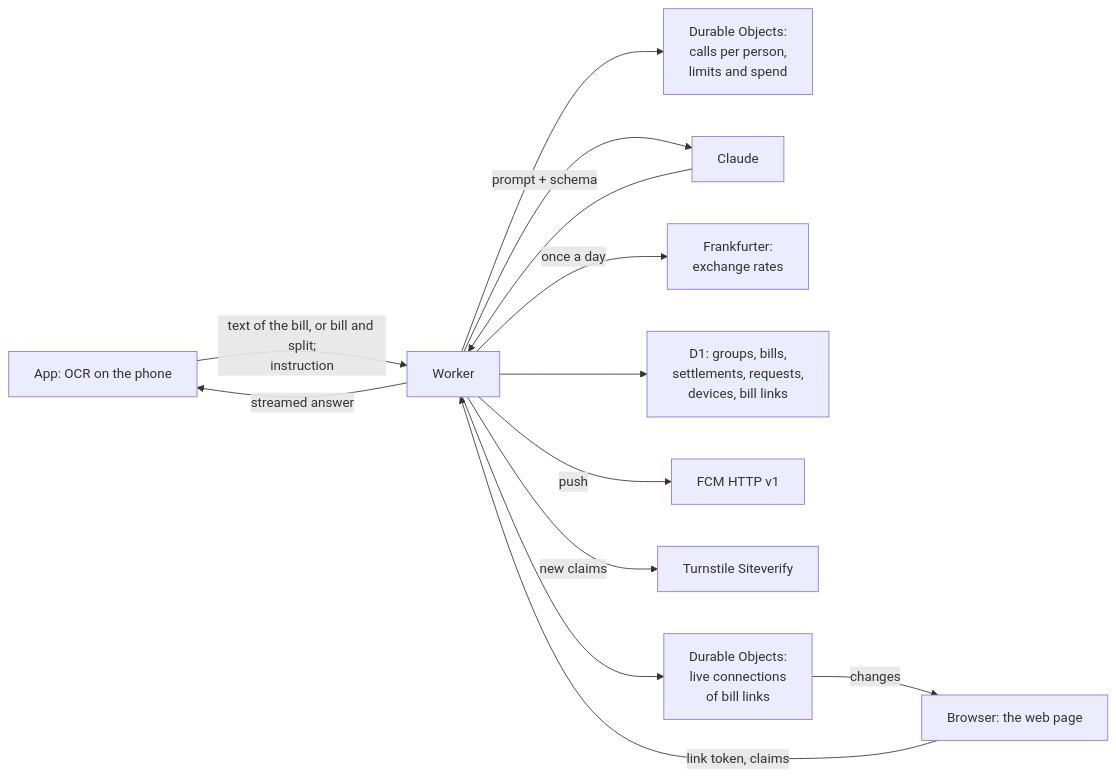
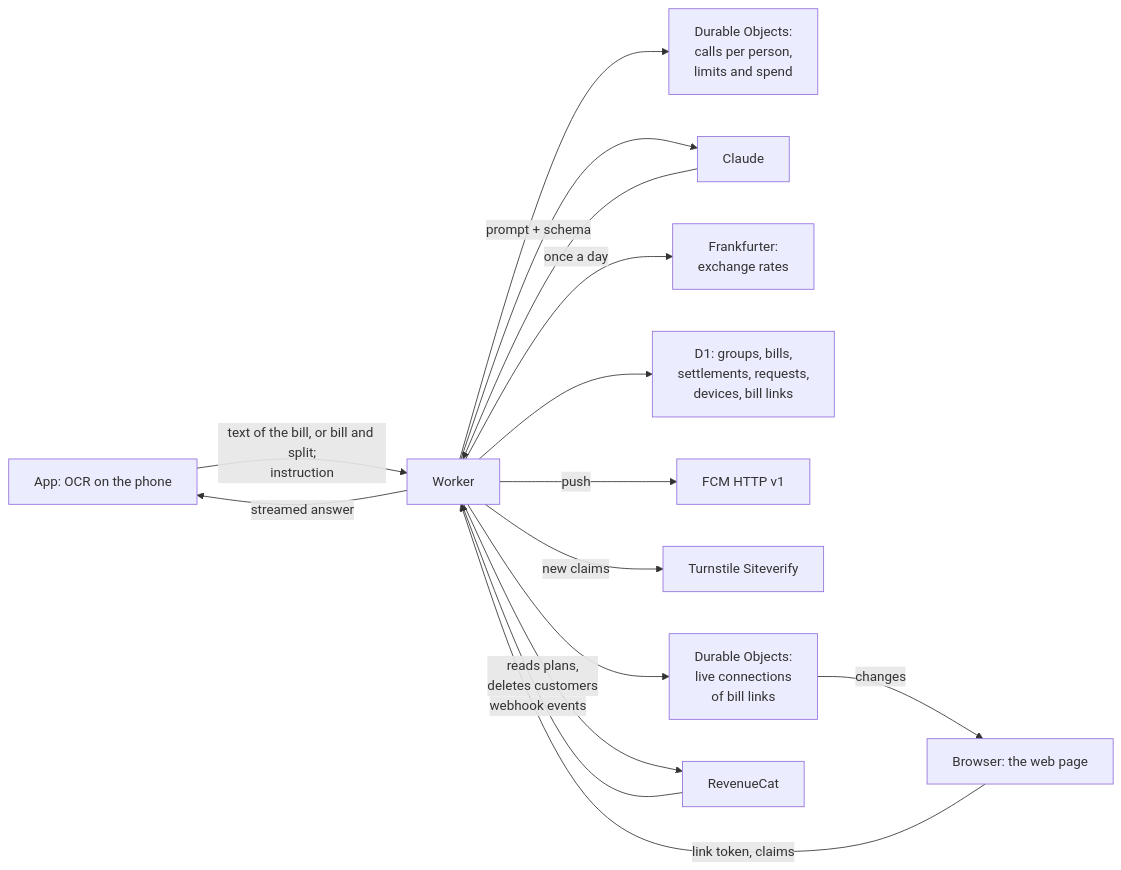
Before and after one commit to dantech0xff/split-bill-poc: the diagram in docs/proxy.md, drawn with Mermaid. The commit also changed other lines of this file, not shown here.

First line of the commit message:
docs(proxy): describe Pro subscriptions and what RevenueCat is asked

````diff
--- a/docs/proxy.md
+++ b/docs/proxy.md
@@ -12,15 +13,17 @@
 ```mermaid
 flowchart LR
     app[App: OCR on the phone] -->|text of the bill, or bill and split;<br/>instruction| worker[Worker]
     worker --> limits[Durable Objects:<br/>calls per person,<br/>limits and spend]
     worker -->|prompt + schema| claude[Claude]
     claude --> worker
     worker -->|streamed answer| app
     worker -->|once a day| rates[Frankfurter:<br/>exchange rates]
     worker --> d1[D1: groups, bills,<br/>settlements, requests,<br/>devices, bill links]
     worker -->|push| fcm[FCM HTTP v1]
     browser[Browser: the web page] -->|link token, claims| worker
     worker -->|new claims| turnstile[Turnstile Siteverify]
     worker --> rooms[Durable Objects:<br/>live connections<br/>of bill links]
     rooms -->|changes| browser
+    worker -->|reads plans,<br/>deletes customers| revenuecat[RevenueCat]
+    revenuecat -->|webhook events| worker
 ```
````
